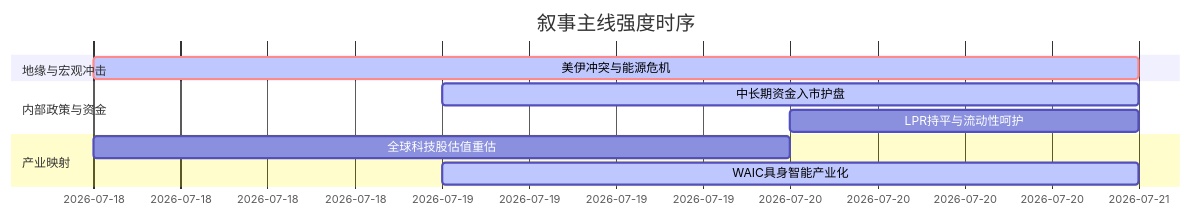
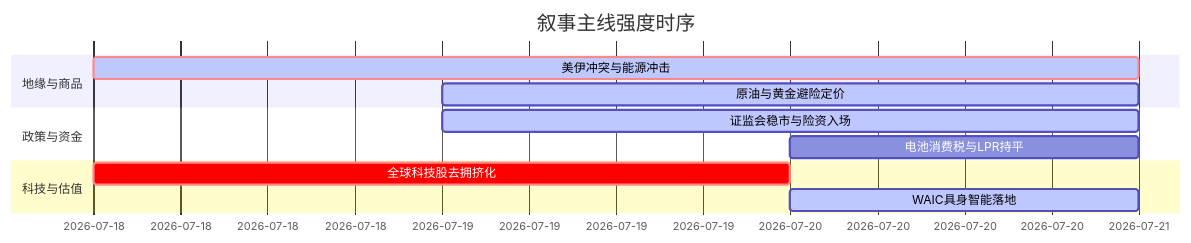
The diagram in 5day_report.md (uu5zn/uu5zn.github.io), drawn with Mermaid before and after one commit. The commit also changed other lines of this file and 25 other files, not shown here.

````diff
--- a/5day_report.md
+++ b/5day_report.md
@@ -58,15 +55,16 @@
 ```mermaid
 gantt
     title 叙事主线强度时序
     dateFormat YYYY-MM-DD
-    section 地缘与宏观冲击
-    美伊冲突与能源危机   :crit, active, 2026-07-18, 3d
+    section 地缘与商品
+    美伊冲突与能源冲击   :crit, active, 2026-07-18, 3d
+    原油与黄金避险定价   :active, 2026-07-19, 2d
     
-    section 内部政策与资金
-    中长期资金入市护盘   :active, 2026-07-19, 2d
-    LPR持平与流动性呵护   :2026-07-20, 1d
+    section 政策与资金
+    证监会稳市与险资入场   :active, 2026-07-19, 2d
+    电池消费税与LPR持平   :2026-07-20, 1d
     
-    section 产业映射
-    全球科技股估值重估   :2026-07-18, 2d
-    WAIC具身智能产业化   :active, 2026-07-19, 2d
+    section 科技与估值
+    全球科技股去拥挤化   :crit, 2026-07-18, 2d
+    WAIC具身智能落地   :active, 2026-07-20, 1d
 ```
````
